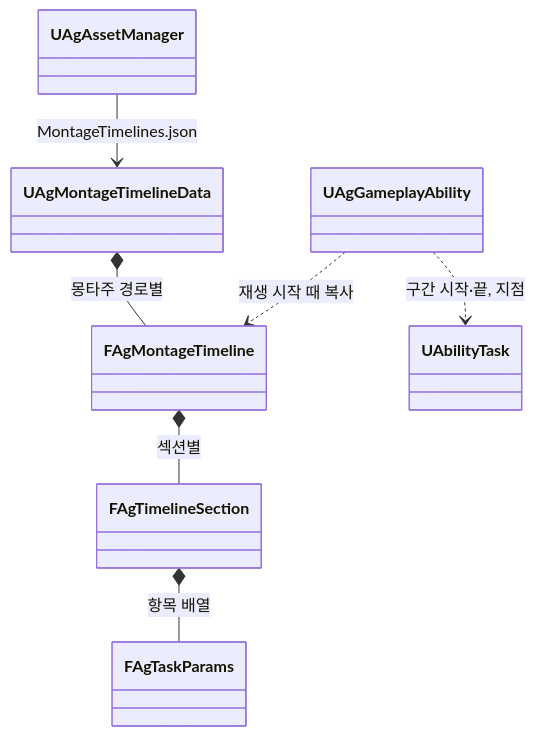
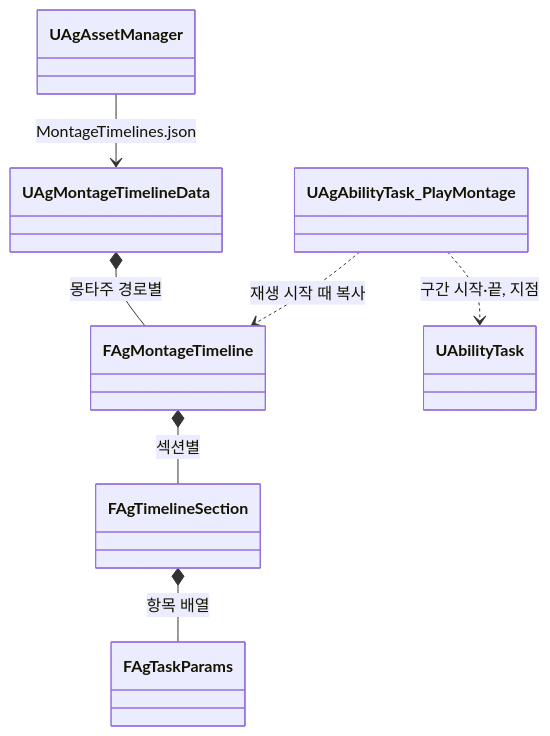
The diagram in Docs/Program/몽타주 시간표.md (Woogl/Ag), drawn with Mermaid before and after one commit. The commit also changed other lines of this file and 146 other files, not shown here.

````diff
--- a/Docs/Program/몽타주 시간표.md
+++ b/Docs/Program/몽타주 시간표.md
@@ -69,10 +75,10 @@
 ```mermaid
 classDiagram
     direction TB
     UAgAssetManager --> UAgMontageTimelineData : MontageTimelines.json
     UAgMontageTimelineData *-- FAgMontageTimeline : 몽타주 경로별
     FAgMontageTimeline *-- FAgTimelineSection : 섹션별
     FAgTimelineSection *-- FAgTaskParams : 항목 배열
-    UAgGameplayAbility ..> FAgMontageTimeline : 재생 시작 때 복사
-    UAgGameplayAbility ..> UAbilityTask : 구간 시작·끝, 지점
+    UAgAbilityTask_PlayMontage ..> FAgMontageTimeline : 재생 시작 때 복사
+    UAgAbilityTask_PlayMontage ..> UAbilityTask : 구간 시작·끝, 지점
 ```
````
